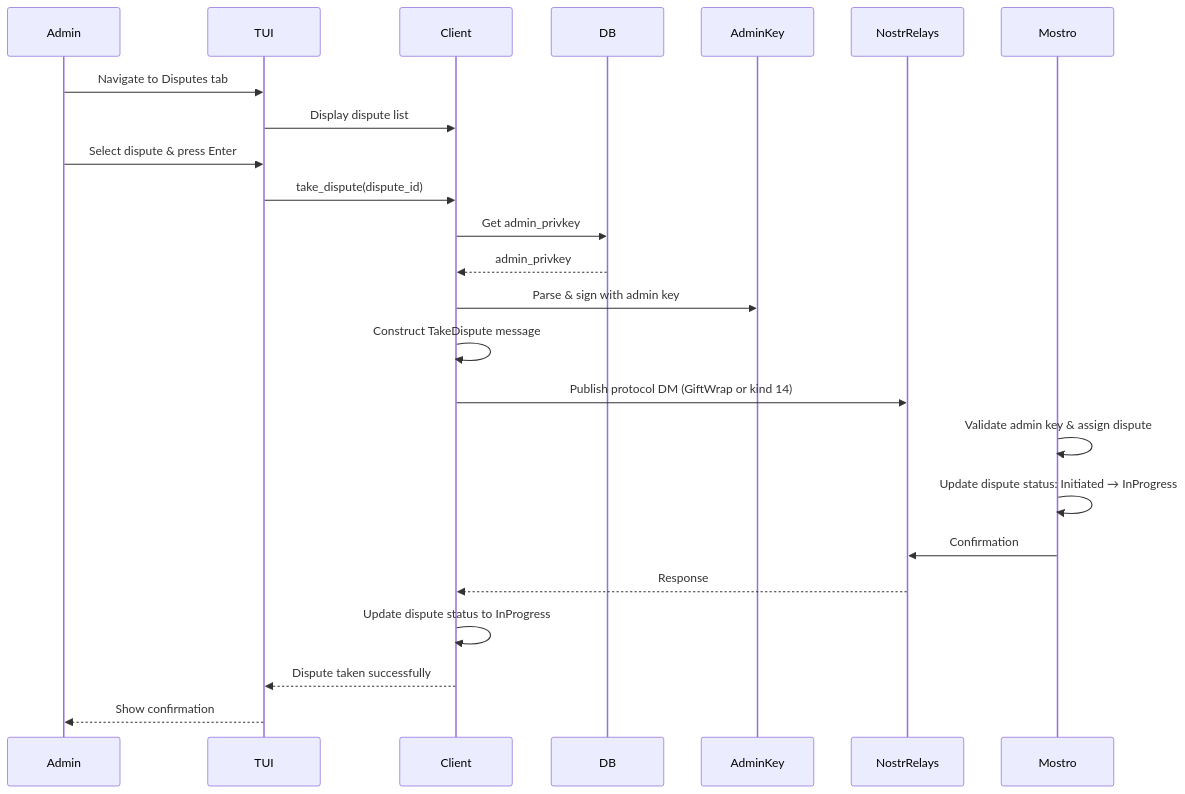
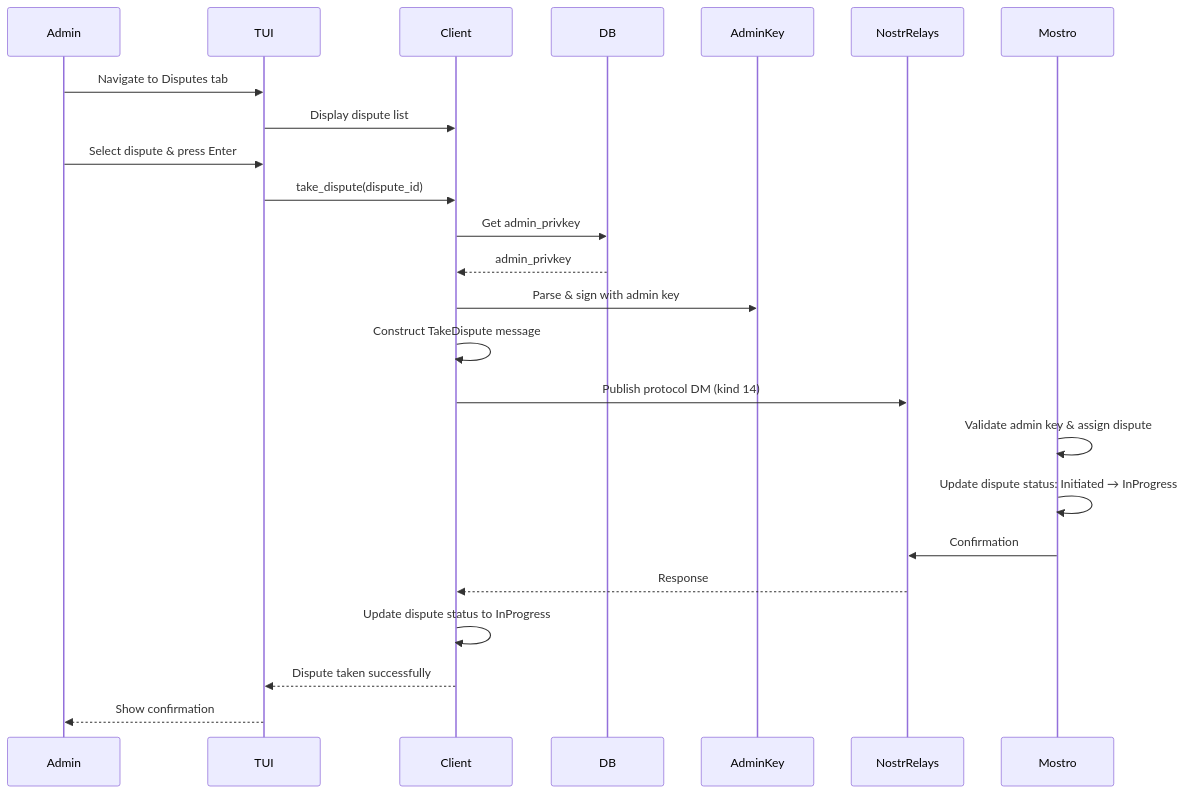
The second of 5 diagrams in docs/ADMIN_DISPUTES.md (MostroP2P/mostrix), drawn with Mermaid before and after one commit. The commit also changed other lines of this file and 20 other files, not shown here.

````diff
--- a/docs/ADMIN_DISPUTES.md
+++ b/docs/ADMIN_DISPUTES.md
@@ -292,27 +292,27 @@
 ```mermaid
 sequenceDiagram
     participant Admin
     participant TUI
     participant Client
     participant DB
     participant AdminKey
     participant NostrRelays
     participant Mostro
 
     Admin->>TUI: Navigate to Disputes tab
     TUI->>Client: Display dispute list
     Admin->>TUI: Select dispute & press Enter
     TUI->>Client: take_dispute(dispute_id)
     Client->>DB: Get admin_privkey
     DB-->>Client: admin_privkey
     Client->>AdminKey: Parse & sign with admin key
     Client->>Client: Construct TakeDispute message
-    Client->>NostrRelays: Publish protocol DM (GiftWrap or kind 14)
+    Client->>NostrRelays: Publish protocol DM (kind 14)
     Mostro->>Mostro: Validate admin key & assign dispute
     Mostro->>Mostro: Update dispute status: Initiated → InProgress
     Mostro->>NostrRelays: Confirmation
     NostrRelays-->>Client: Response
     Client->>Client: Update dispute status to InProgress
     Client-->>TUI: Dispute taken successfully
     TUI-->>Admin: Show confirmation
 ```
````
